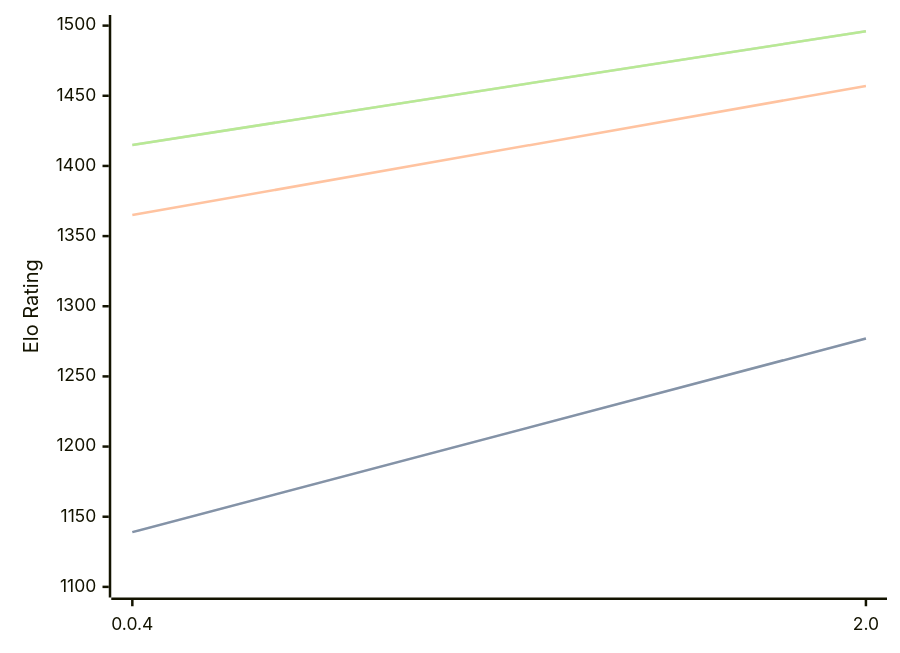
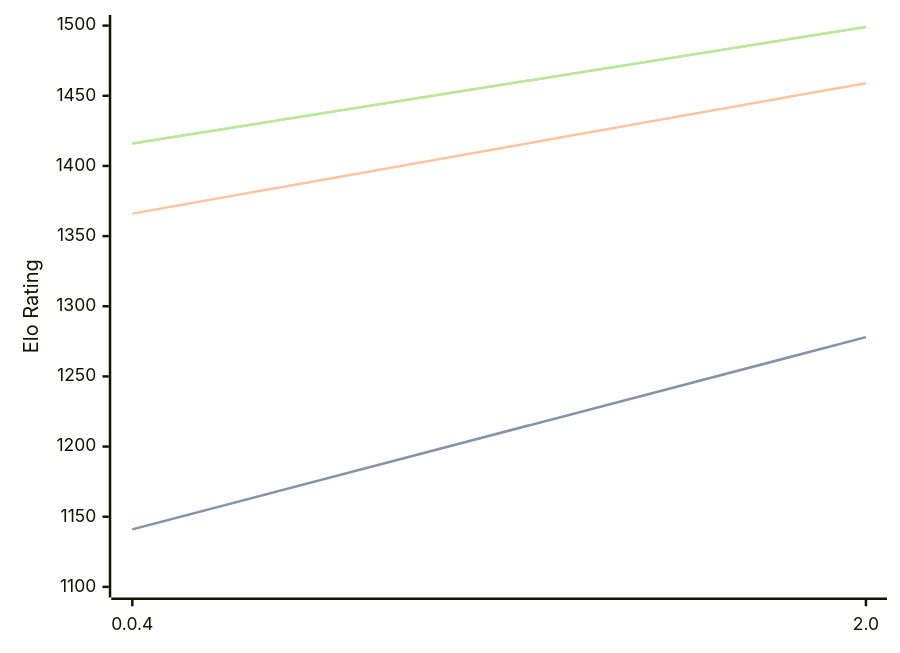
Before and after one commit to computer-chess-index/cci: the diagram in engines/Oops!Mate.md, drawn with Mermaid. The commit also changed other lines of this file, not shown here.

Commit message:
Update CCI Ratings (ELO VLTC) - 2026-10-09

````diff
--- a/engines/Oops!Mate.md
+++ b/engines/Oops!Mate.md
@@ -33,11 +33,11 @@
 ```mermaid
 %%{init: {"theme":"base","themeVariables":{"seriesColors:['#a3a3a3','#222221','#faa371']}}}%%
 xychart-beta
   x-axis ["0.0.4", "2.0"]
   y-axis "Elo Rating" 1100 --> 1500
-  line "" [1139, 1277]
-  line "STC (8.0+0.08s)" [1139, 1277]
-  line "LTC (60.0+0.60s)" [1365, 1457]
-  line "" [1415, 1496]
-  line "VLTC (2m24s+1.12s)" [1415, 1496]
+  line "" [1141, 1278]
+  line "STC (8.0+0.08s)" [1141, 1278]
+  line "LTC (60.0+0.60s)" [1366, 1459]
+  line "" [1416, 1499]
+  line "VLTC (2m24s+1.12s)" [1416, 1499]
 ```
````
